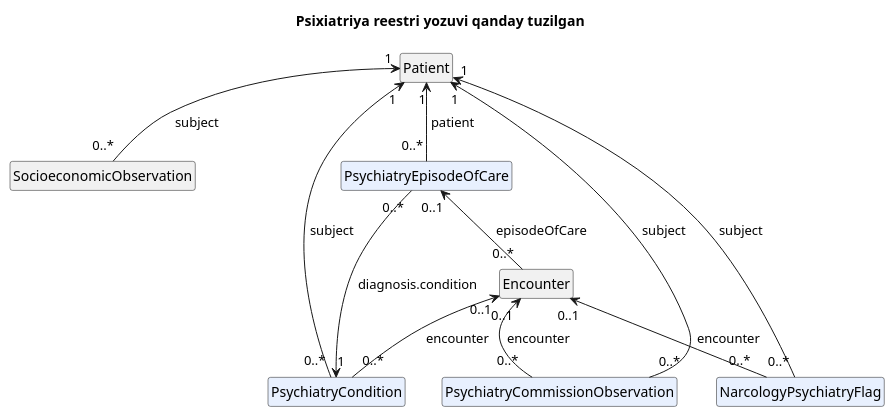
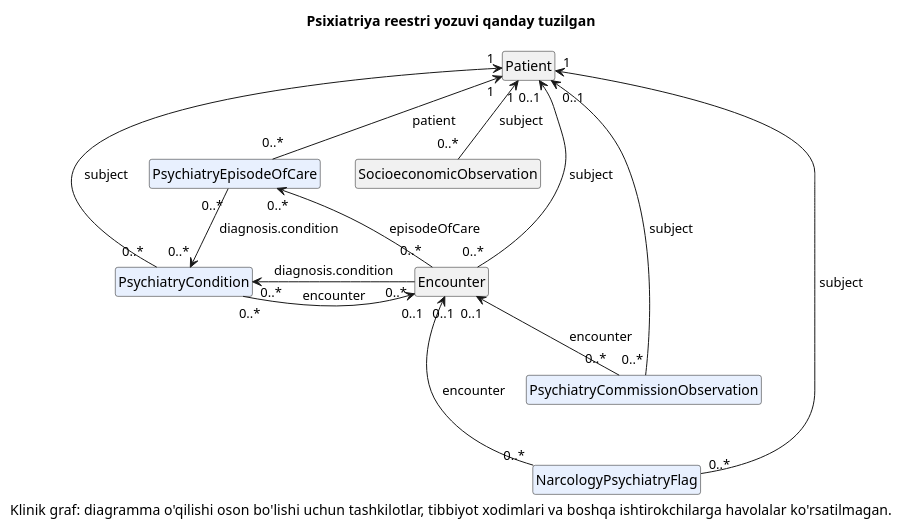
Before and after one commit to icmrnbw/digital-health-integration: the diagram in input/images-source/psychiatry-model-uz.plantuml, drawn with PlantUML. The commit also changed 29 other files, not shown here.

First line of the commit message:
Integration diagrams: all profiles, clinical graph (#104)

```diff
--- a/input/images-source/psychiatry-model-uz.plantuml
+++ b/input/images-source/psychiatry-model-uz.plantuml
@@ -1,25 +1,29 @@
 @startuml psychiatry-model-uz
 hide circle
 hide empty members
 title Psixiatriya reestri yozuvi qanday tuzilgan
 
 class Patient [[https://dhp.uz/fhir/core/StructureDefinition-uz-core-patient.html{UZ Core Patient profilini ochish}]]
 class Encounter [[https://dhp.uz/fhir/core/StructureDefinition-uz-core-encounter.html{UZ Core Encounter profilini ochish}]]
 class SocioeconomicObservation [[https://dhp.uz/fhir/core/StructureDefinition-uz-core-socioeconomic-observation.html{UZ Core Socioeconomic Observation profilini ochish}]]
 class PsychiatryEpisodeOfCare [[StructureDefinition-psychiatry-episode-of-care.html{PsychiatryEpisodeOfCare profilini ochish}]] #E8F0FE
 class PsychiatryCondition [[StructureDefinition-psychiatry-condition.html{PsychiatryCondition profilini ochish}]] #E8F0FE
 class PsychiatryCommissionObservation [[StructureDefinition-psychiatry-commission-observation.html{PsychiatryCommissionObservation profilini ochish}]] #E8F0FE
 class NarcologyPsychiatryFlag [[StructureDefinition-narcology-psychiatry-flag.html{NarcologyPsychiatryFlag profilini ochish}]] #E8F0FE
 
 Patient "1" <-- "0..*" PsychiatryEpisodeOfCare : « patient »
+Patient "1" <-- "0..*" SocioeconomicObservation : « subject »
+PsychiatryEpisodeOfCare "0..*" --> "0..*" PsychiatryCondition : « diagnosis.condition »
+PsychiatryEpisodeOfCare "0..*" <-- "0..*" Encounter : « episodeOfCare »
+Patient "0..1" <-- "0..*" Encounter : « subject »
 Patient "1" <-- "0..*" PsychiatryCondition : « subject »
-Patient "1" <-- "0..*" SocioeconomicObservation : « subject »
-Patient "1" <-- "0..*" PsychiatryCommissionObservation : « subject »
+PsychiatryCondition "0..*" <-right- "0..*" Encounter : « diagnosis.condition »
+PsychiatryCondition "0..*" -right-> "0..1" Encounter : « encounter »
+Encounter "0..1" <--- "0..*" NarcologyPsychiatryFlag : « encounter »
+Encounter "0..1" <-- "0..*" PsychiatryCommissionObservation : « encounter »
 Patient "1" <-- "0..*" NarcologyPsychiatryFlag : « subject »
-PsychiatryEpisodeOfCare "0..1" <-- "0..*" Encounter : « episodeOfCare »
-PsychiatryCondition "1" <-- "0..*" PsychiatryEpisodeOfCare : « diagnosis.condition »
-Encounter "0..1" <-- "0..*" PsychiatryCondition : « encounter »
-Encounter "0..1" <-- "0..*" PsychiatryCommissionObservation : « encounter »
-Encounter "0..1" <-- "0..*" NarcologyPsychiatryFlag : « encounter »
+Patient "0..1" <-- "0..*" PsychiatryCommissionObservation : « subject »
+
+caption Klinik graf: diagramma o'qilishi oson bo'lishi uchun tashkilotlar, tibbiyot xodimlari va boshqa ishtirokchilarga havolalar ko'rsatilmagan.
 
 @enduml
```
